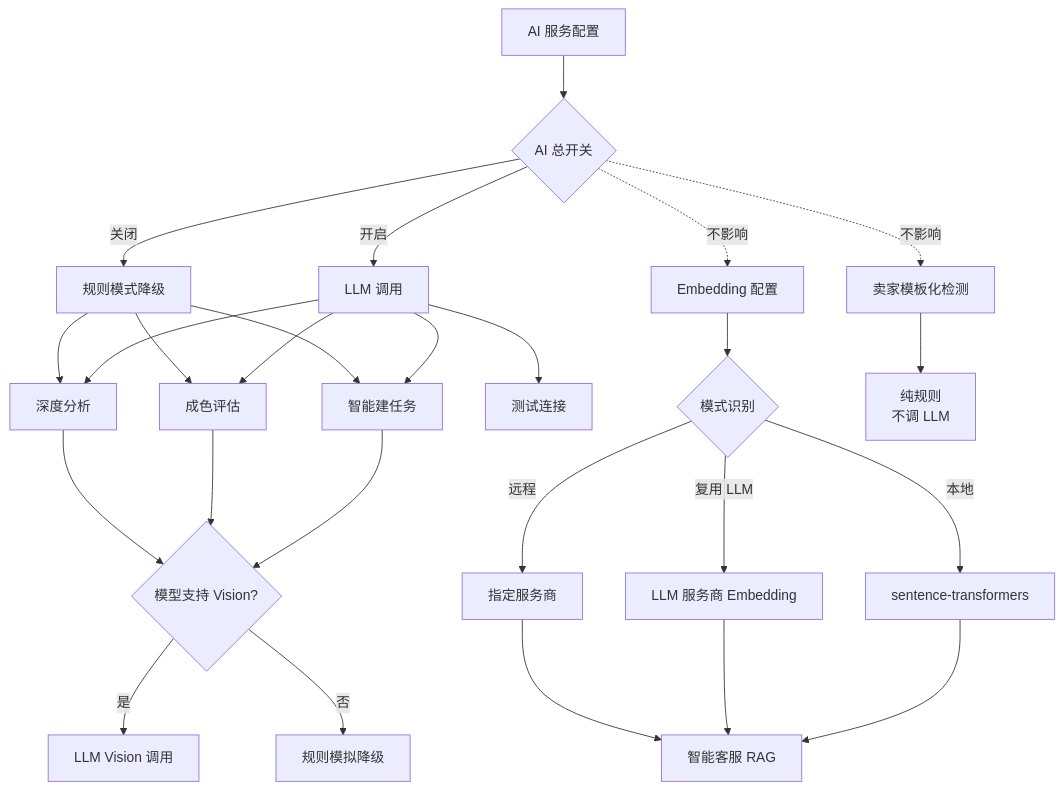
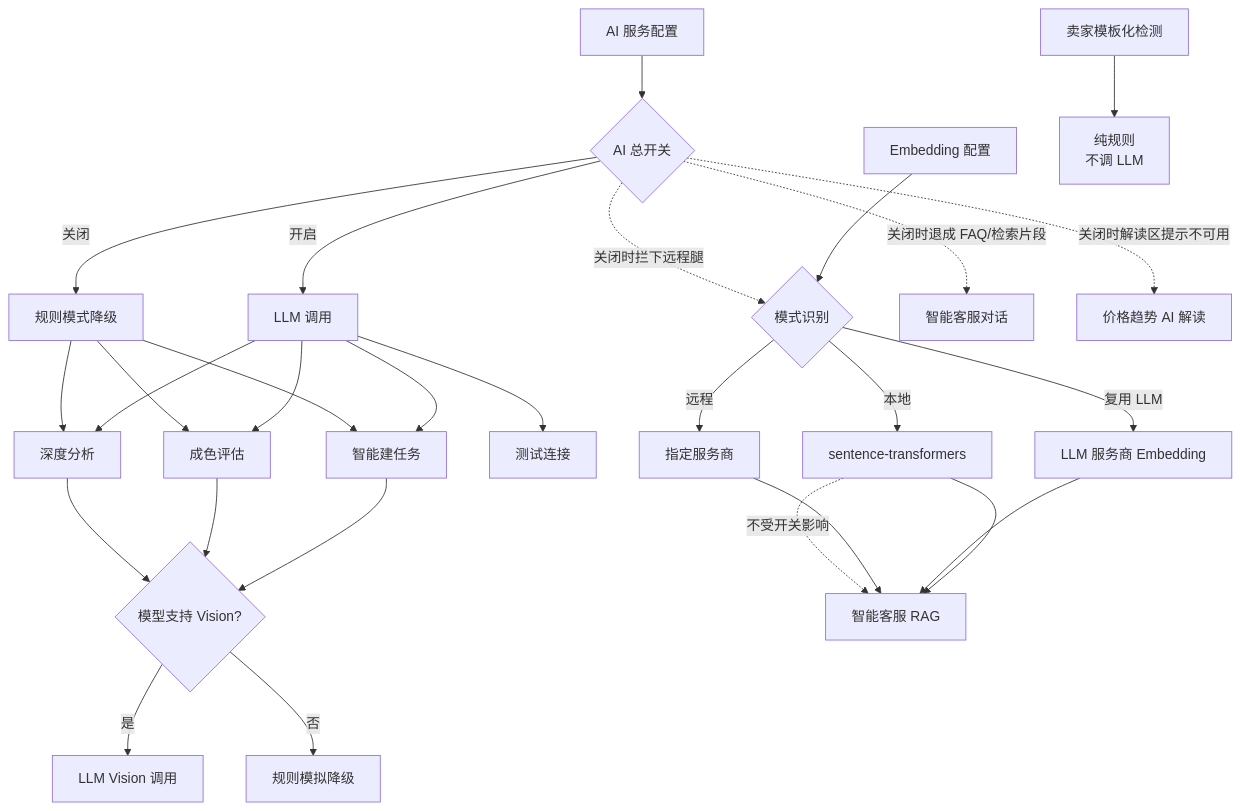
Before and after one commit to wangnan05563/xianyu-hunter: the diagram in docs/03-配置管理/AI服务-操作手册.md, drawn with Mermaid. The commit also changed other lines of this file and 20 other files, not shown here.

````diff
--- a/docs/03-配置管理/AI服务-操作手册.md
+++ b/docs/03-配置管理/AI服务-操作手册.md
@@ -796,36 +800,38 @@
 ```mermaid
 flowchart TD
     A[AI 服务配置] --> B{AI 总开关}
     B -->|开启| C[LLM 调用]
     B -->|关闭| D[规则模式降级]
     
     C --> E[智能建任务]
     C --> F[成色评估]
     C --> G[深度分析]
     C --> H[测试连接]
     
     E --> I{模型支持 Vision?}
     F --> I
     G --> I
     
     I -->|是| J[LLM Vision 调用]
     I -->|否| K[规则模拟降级]
     
     D --> E
     D --> F
     D --> G
     
     L[Embedding 配置] --> M{模式识别}
     M -->|本地| N[sentence-transformers]
     M -->|复用 LLM| O[LLM 服务商 Embedding]
     M -->|远程| P[指定服务商]
     
     N --> Q[智能客服 RAG]
     O --> Q
     P --> Q
     
     R[卖家模板化检测] --> S[纯规则<br/>不调 LLM]
-    
-    B -.->|不影响| L
-    B -.->|不影响| R
+
+    N -.->|不受开关影响| Q
+    B -.->|关闭时拦下远程腿| M
+    B -.->|关闭时退成 FAQ/检索片段| T[智能客服对话]
+    B -.->|关闭时解读区提示不可用| U[价格趋势 AI 解读]
 ```
````
